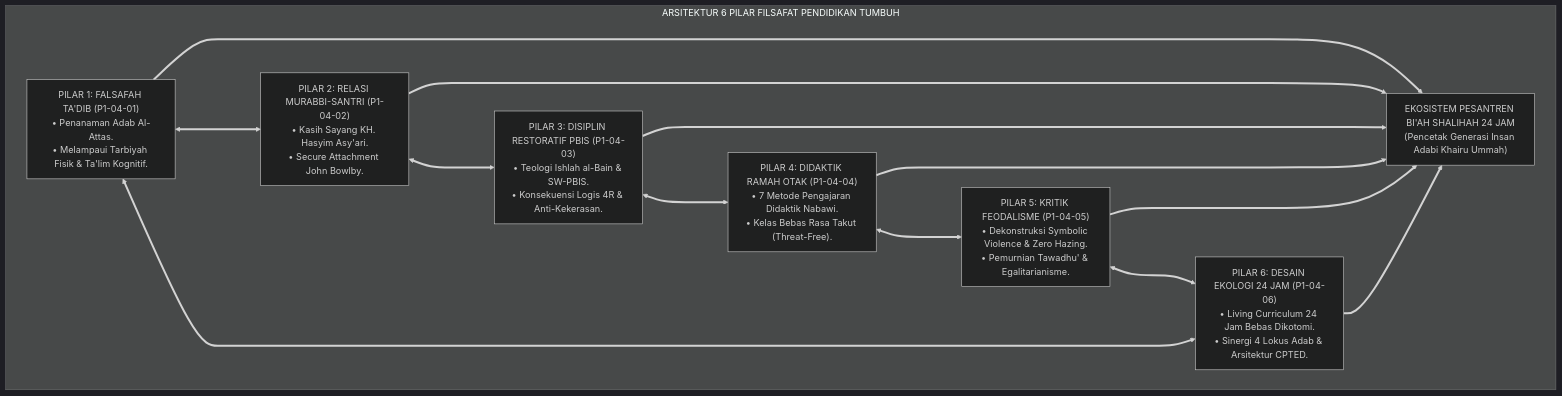
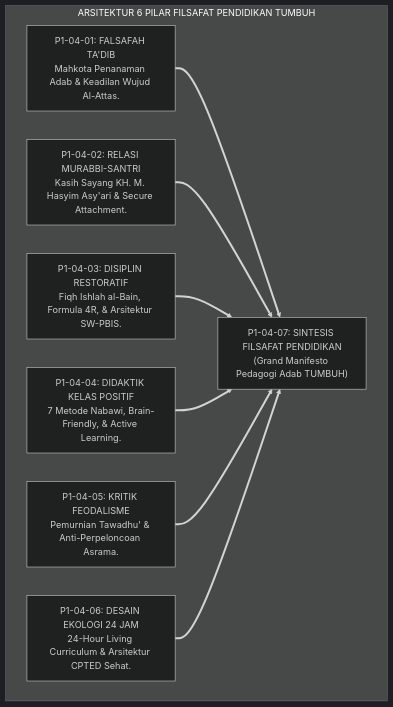
The first of 4 diagrams in 01 Philosophy/04 Education/P1-04-07-Sintesis-Filsafat-Pendidikan-TUMBUH.md (wandiapriliyandi/tumbuh), drawn with Mermaid (dark theme) before and after one commit. The commit also changed other lines of this file and 7 other files, not shown here.

````diff
--- a/01 Philosophy/04 Education/P1-04-07-Sintesis-Filsafat-Pendidikan-TUMBUH.md
+++ b/01 Philosophy/04 Education/P1-04-07-Sintesis-Filsafat-Pendidikan-TUMBUH.md
@@ -55,27 +55,15 @@
 ```mermaid
 flowchart TD
     subgraph ArsitekturSintesisPendidikan["ARSITEKTUR 6 PILAR FILSAFAT PENDIDIKAN TUMBUH"]
-        P1["PILAR 1: FALSAFAH TA'DIB (P1-04-01)<br/>• Penanaman Adab Al-Attas.<br/>• Melampaui Tarbiyah Fisik & Ta'lim Kognitif."]
+        P1["P1-04-01: FALSAFAH TA'DIB<br/>Mahkota Penanaman Adab & Keadilan Wujud Al-Attas."]
+        P2["P1-04-02: RELASI MURABBI-SANTRI<br/>Kasih Sayang KH. M. Hasyim Asy'ari & Secure Attachment."]
+        P3["P1-04-03: DISIPLIN RESTORATIF<br/>Fiqh Ishlah al-Bain, Formula 4R, & Arsitektur SW-PBIS."]
+        P4["P1-04-04: DIDAKTIK KELAS POSITIF<br/>7 Metode Nabawi, Brain-Friendly, & Active Learning."]
+        P5["P1-04-05: KRITIK FEODALISME<br/>Pemurnian Tawadhu' & Anti-Perpeloncoan Asrama."]
+        P6["P1-04-06: DESAIN EKOLOGI 24 JAM<br/>24-Hour Living Curriculum & Arsitektur CPTED Sehat."]
         
-        P2["PILAR 2: RELASI MURABBI-SANTRI (P1-04-02)<br/>• Kasih Sayang KH. Hasyim Asy'ari.<br/>• Secure Attachment John Bowlby."]
+        SintesisIndukEdu["P1-04-07: SINTESIS FILSAFAT PENDIDIKAN<br/>(Grand Manifesto Pedagogi Adab TUMBUH)"]
         
-        P3["PILAR 3: DISIPLIN RESTORATIF PBIS (P1-04-03)<br/>• Teologi Ishlah al-Bain & SW-PBIS.<br/>• Konsekuensi Logis 4R & Anti-Kekerasan."]
-        
-        P4["PILAR 4: DIDAKTIK RAMAH OTAK (P1-04-04)<br/>• 7 Metode Pengajaran Didaktik Nabawi.<br/>• Kelas Bebas Rasa Takut (Threat-Free)."]
-        
-        P5["PILAR 5: KRITIK FEODALISME (P1-04-05)<br/>• Dekonstruksi Symbolic Violence & Zero Hazing.<br/>• Pemurnian Tawadhu' & Egalitarianisme."]
-        
-        P6["PILAR 6: DESAIN EKOLOGI 24 JAM (P1-04-06)<br/>• Living Curriculum 24 Jam Bebas Dikotomi.<br/>• Sinergi 4 Lokus Adab & Arsitektur CPTED."]
-        
-        P1 <===> P2
-        P2 <===> P3
-        P3 <===> P4
-        P4 <===> P5
-        P5 <===> P6
-        P6 <===> P1
-        
-        Pusat["EKOSISTEM PESANTREN BI'AH SHALIHAH 24 JAM<br/>(Pencetak Generasi Insan Adabi Khairu Ummah)"]
-        
-        P1 & P2 & P3 & P4 & P5 & P6 ==> Pusat
+        P1 & P2 & P3 & P4 & P5 & P6 ==> SintesisIndukEdu
     end
 ```
````
